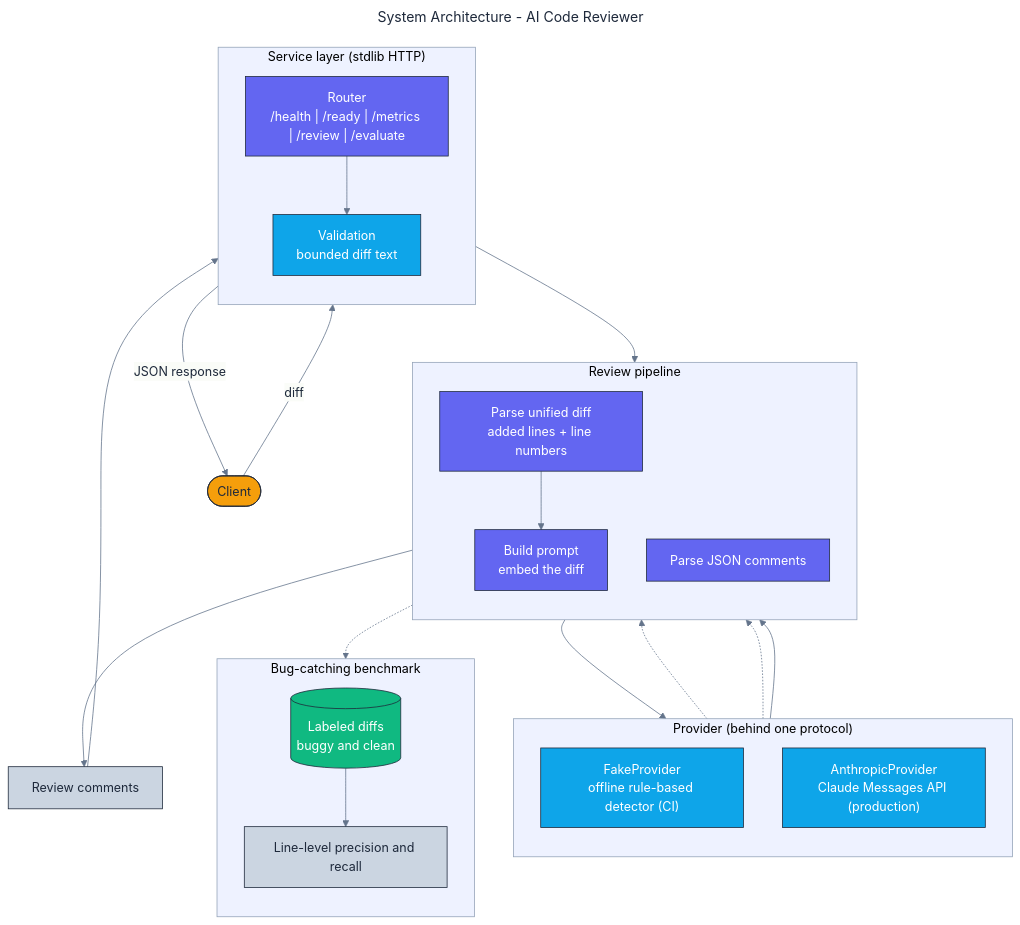
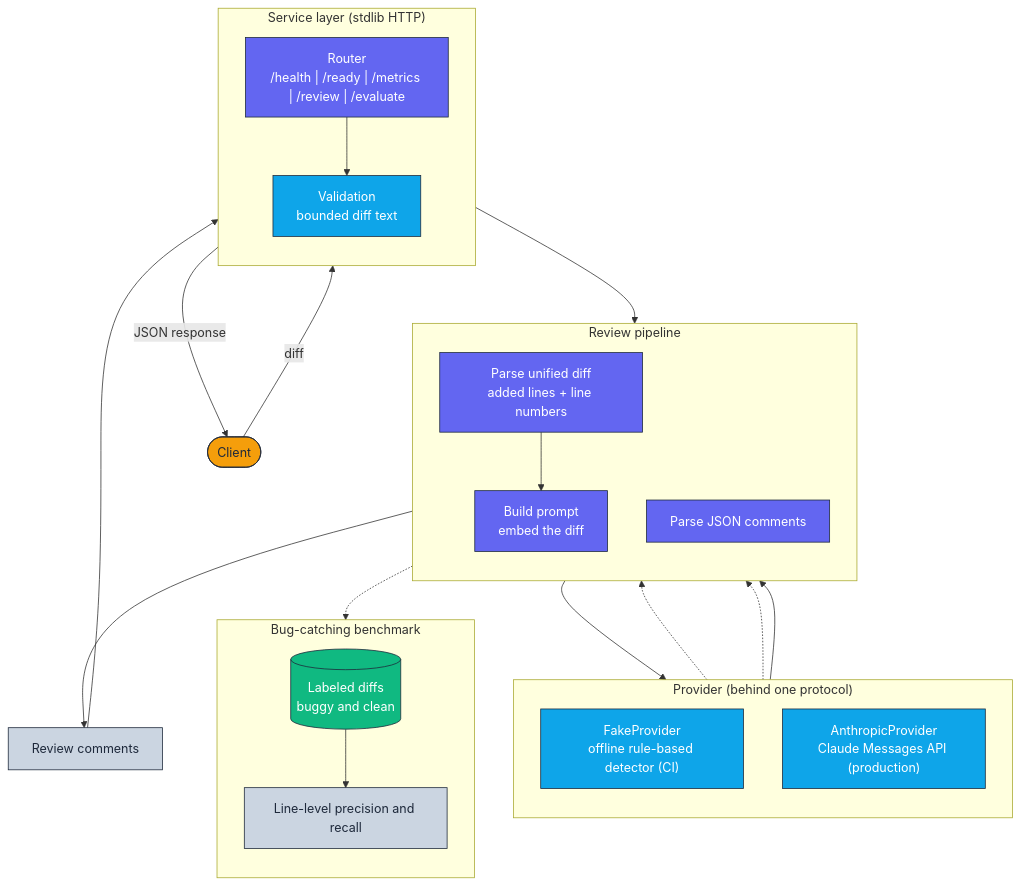
One commit to adeoluo/ai-code-reviewer changed the diagram in docs/architecture/architecture.mmd. Above: the diagram before and after it, drawn with Mermaid. The commit also changed 7 other files, not shown here.

```diff
--- a/docs/architecture/architecture.mmd
+++ b/docs/architecture/architecture.mmd
@@ -1,57 +1,44 @@
----
-title: System Architecture - AI Code Reviewer
-config:
-  theme: base
-  themeVariables:
-    fontFamily: "Inter, system-ui, sans-serif"
-    primaryColor: "#F8FAFC"
-    primaryBorderColor: "#1E293B"
-    primaryTextColor: "#1E293B"
-    lineColor: "#64748B"
-    clusterBkg: "#EEF2FF"
-    clusterBorder: "#94A3B8"
----
-flowchart TB
+flowchart TD
     classDef edge     fill:#F59E0B,stroke:#1E293B,color:#1E293B,stroke-width:1px;
     classDef core     fill:#6366F1,stroke:#1E293B,color:#ffffff,stroke-width:1px;
     classDef data     fill:#10B981,stroke:#1E293B,color:#ffffff,stroke-width:1px;
     classDef control  fill:#0EA5E9,stroke:#1E293B,color:#ffffff,stroke-width:1px;
     classDef obs      fill:#CBD5E1,stroke:#1E293B,color:#1E293B,stroke-width:1px;
 
     Client([Client]):::edge
 
     subgraph Review["Review pipeline"]
         direction TB
         Diff["Parse unified diff<br/>added lines + line numbers"]:::core
         Prompt["Build prompt<br/>embed the diff"]:::core
         Parse["Parse JSON comments"]:::core
     end
 
     subgraph Providers["Provider (behind one protocol)"]
         direction TB
         Fake["FakeProvider<br/>offline rule-based detector (CI)"]:::control
         Claude["AnthropicProvider<br/>Claude Messages API (production)"]:::control
     end
 
     subgraph Eval["Bug-catching benchmark"]
         direction TB
         Cases[(Labeled diffs<br/>buggy and clean)]:::data
         Score["Line-level precision and recall"]:::obs
     end
 
     subgraph Edge["Service layer (stdlib HTTP)"]
         direction TB
         Router["Router<br/>/health | /ready | /metrics | /review | /evaluate"]:::core
         Validate["Validation<br/>bounded diff text"]:::control
     end
 
     Result["Review comments"]:::obs
 
     Diff --> Prompt --> Providers --> Parse
     Fake -.-> Parse
     Claude -.-> Parse
     Cases --> Score
     Parse -.-> Score
     Client -->|diff| Router --> Validate --> Review
     Parse --> Result
     Result --> Router -->|JSON response| Client
```
